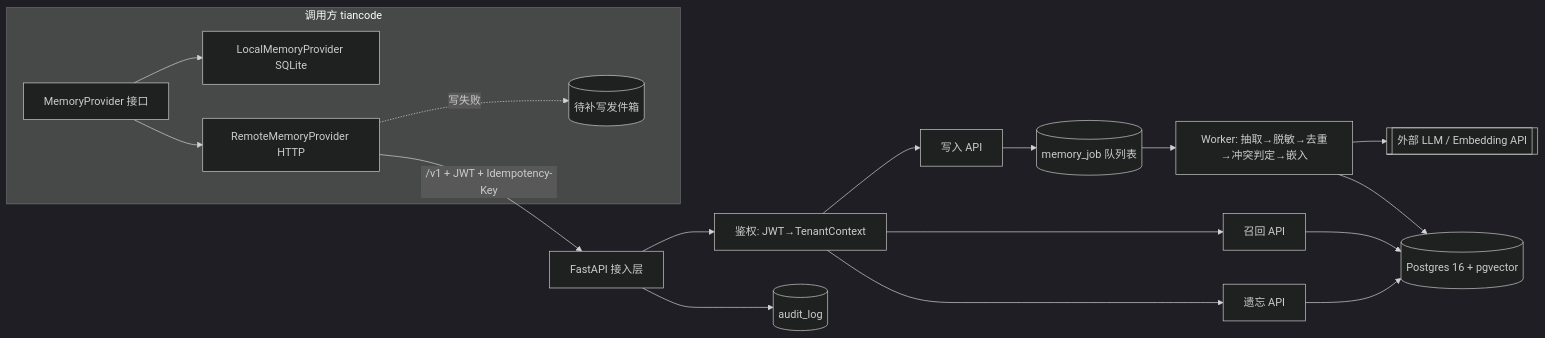
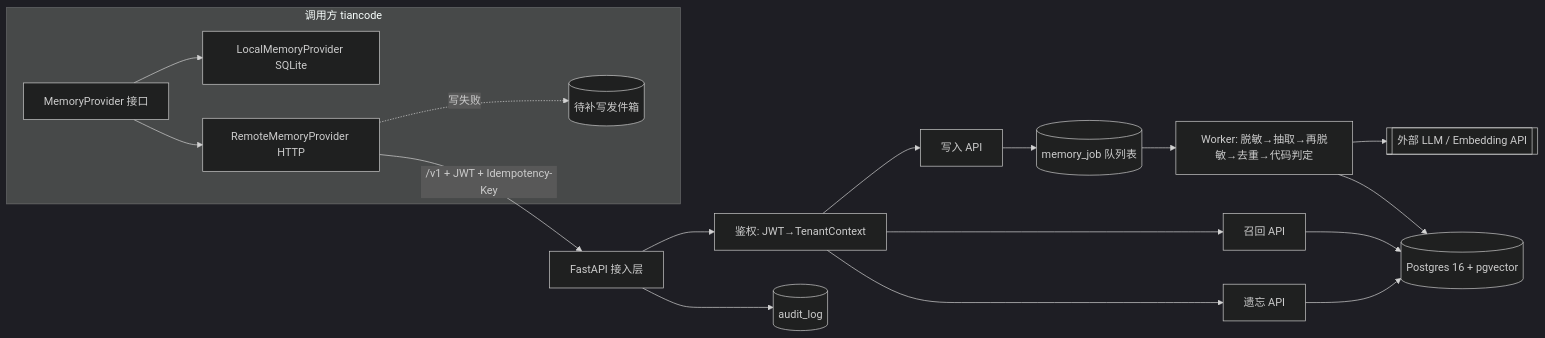
The first of 3 diagrams in docs/architecture.md (zhangqi77ok-sys/agent-memory), drawn with Mermaid (dark theme) before and after one commit. The commit also changed other lines of this file and 17 other files, not shown here.

````diff
--- a/docs/architecture.md
+++ b/docs/architecture.md
@@ -17,24 +18,24 @@
 ```mermaid
 flowchart LR
   subgraph Client[调用方 tiancode]
     MP[MemoryProvider 接口]
     L[LocalMemoryProvider SQLite]
     R[RemoteMemoryProvider HTTP]
     OB[(待补写发件箱)]
     MP --> L
     MP --> R
     R -. 写失败 .-> OB
   end
   R -->|/v1 + JWT + Idempotency-Key| GW[FastAPI 接入层]
   GW --> AUTH[鉴权: JWT→TenantContext]
   AUTH --> WAPI[写入 API]
   AUTH --> RAPI[召回 API]
   AUTH --> FAPI[遗忘 API]
   WAPI --> JOB[(memory_job 队列表)]
-  JOB --> WK[Worker: 抽取→脱敏→去重→冲突判定→嵌入]
+  JOB --> WK[Worker: 脱敏→抽取→再脱敏→去重→代码判定]
   WK --> LLM[[外部 LLM / Embedding API]]
   WK --> PG[(Postgres 16 + pgvector)]
   RAPI --> PG
   FAPI --> PG
   GW --> AUD[(audit_log)]
 ```
````
